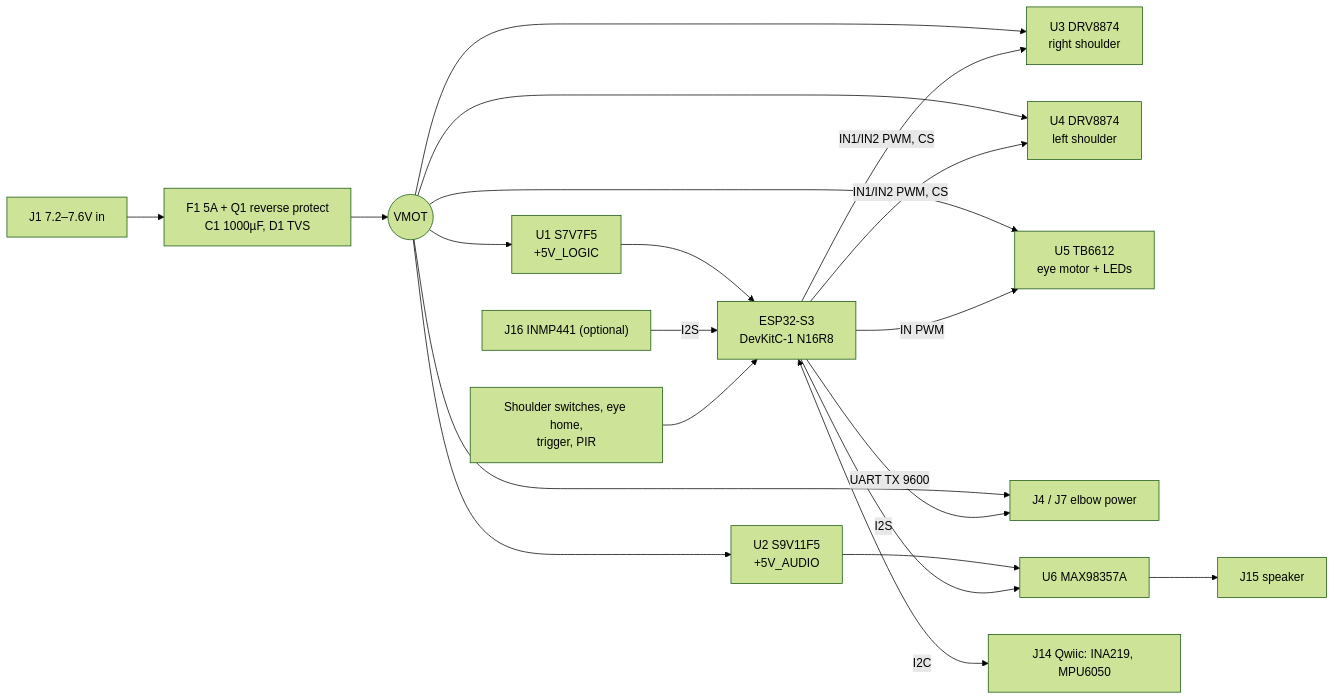
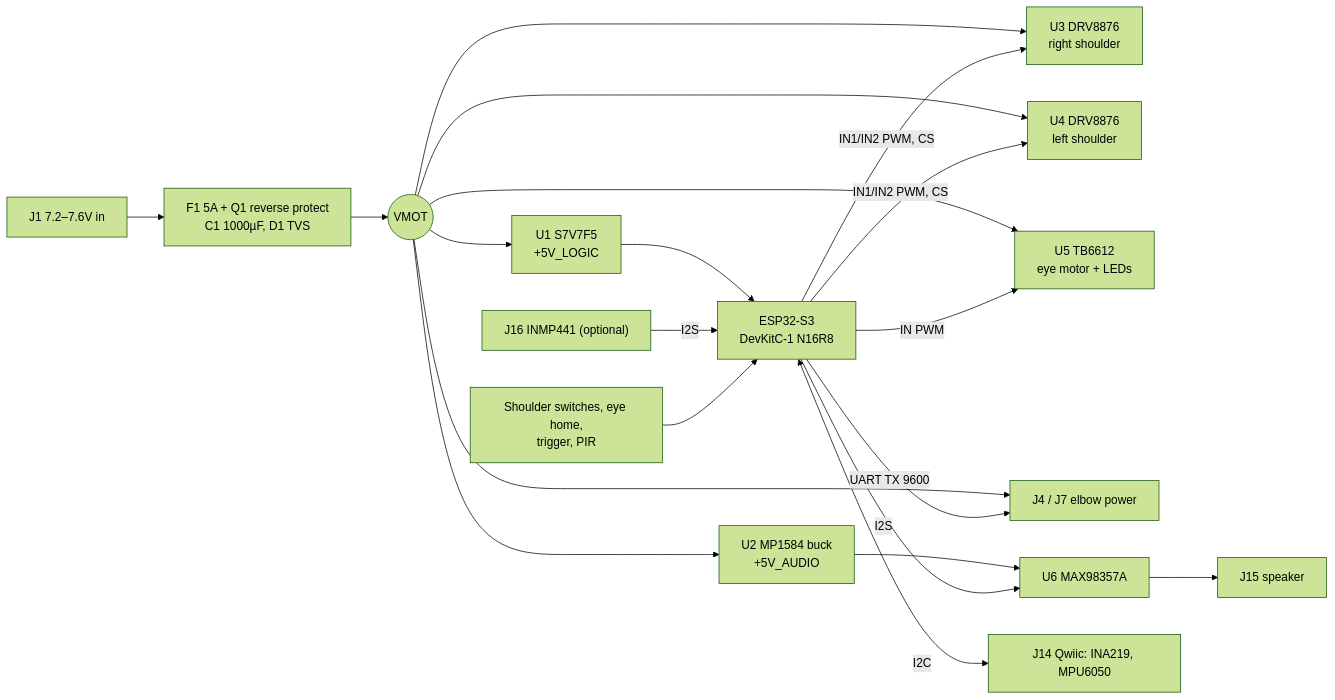
One commit to tombatron/freddy-animatronic changed the diagram in docs/phase2-pcb.md. Above: the diagram before and after it, drawn with Mermaid (forest theme). The commit also changed other lines of this file and 28 other files, not shown here.

````diff
--- a/docs/phase2-pcb.md
+++ b/docs/phase2-pcb.md
@@ -22,20 +22,20 @@
 ```mermaid
 flowchart LR
     J1["J1 7.2–7.6V in"] --> F1["F1 5A + Q1 reverse protect<br/>C1 1000µF, D1 TVS"]
     F1 --> VMOT(("VMOT"))
     VMOT --> U1["U1 S7V7F5<br/>+5V_LOGIC"]
-    VMOT --> U2["U2 S9V11F5<br/>+5V_AUDIO"]
-    VMOT --> U3["U3 DRV8874<br/>right shoulder"]
-    VMOT --> U4["U4 DRV8874<br/>left shoulder"]
+    VMOT --> U2["U2 MP1584 buck<br/>+5V_AUDIO"]
+    VMOT --> U3["U3 DRV8876<br/>right shoulder"]
+    VMOT --> U4["U4 DRV8876<br/>left shoulder"]
     VMOT --> U5["U5 TB6612<br/>eye motor + LEDs"]
     VMOT --> EL["J4 / J7 elbow power"]
     U1 --> ESP["ESP32-S3<br/>DevKitC-1 N16R8"]
     U2 --> AMP["U6 MAX98357A"] --> SPK["J15 speaker"]
     ESP -- "IN1/IN2 PWM, CS" --> U3 & U4
     ESP -- "IN PWM" --> U5
     ESP -- "UART TX 9600" --> EL
     ESP -- "I2S" --> AMP
     MIC["J16 INMP441 (optional)"] -- I2S --> ESP
     SW["Shoulder switches, eye home,<br/>trigger, PIR"] --> ESP
     ESP <-- I2C --> Q["J14 Qwiic: INA219, MPU6050"]
 ```
````
